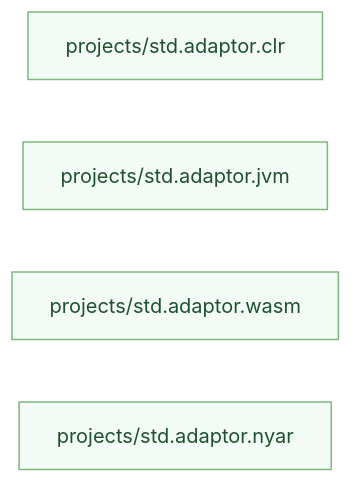
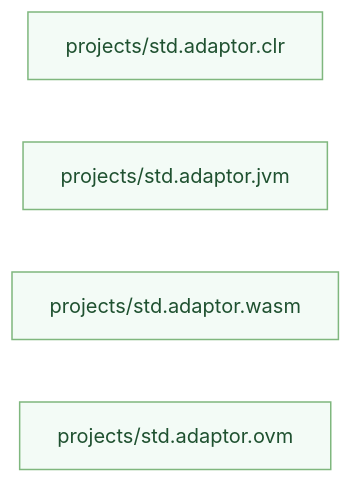
The fourth of 5 diagrams in documentation/pages/zh-hans/language/sdk-vendors/layering.md (valkyrie-language/valkyrie.v), drawn with Mermaid before and after one commit. The commit also changed 79 other files, not shown here.

First line of the commit message:
🔥 Rename `std.adaptor.nyar` to `std.adaptor.ovm` and align target aliases

````diff
--- a/documentation/pages/zh-hans/language/sdk-vendors/layering.md
+++ b/documentation/pages/zh-hans/language/sdk-vendors/layering.md
@@ -141,13 +141,13 @@
 ```mermaid
 flowchart LR
     Clr[projects/std.adaptor.clr]
     JVM[projects/std.adaptor.jvm]
     Wasm[projects/std.adaptor.wasm]
-    Nyar[projects/std.adaptor.nyar]
+    Nyar[projects/std.adaptor.ovm]
 
     classDef phase fill:#f6f9fc,stroke:#8a9aad,stroke-width:1.2px,color:#1f2937;
     classDef boundary fill:#fff8e8,stroke:#d6a93d,stroke-width:1.2px,color:#5c4400;
     classDef delivery fill:#f3fbf6,stroke:#7fb77e,stroke-width:1.2px,color:#1f5130;
 
     class Clr,JVM,Wasm,Nyar delivery;
 ```
````
